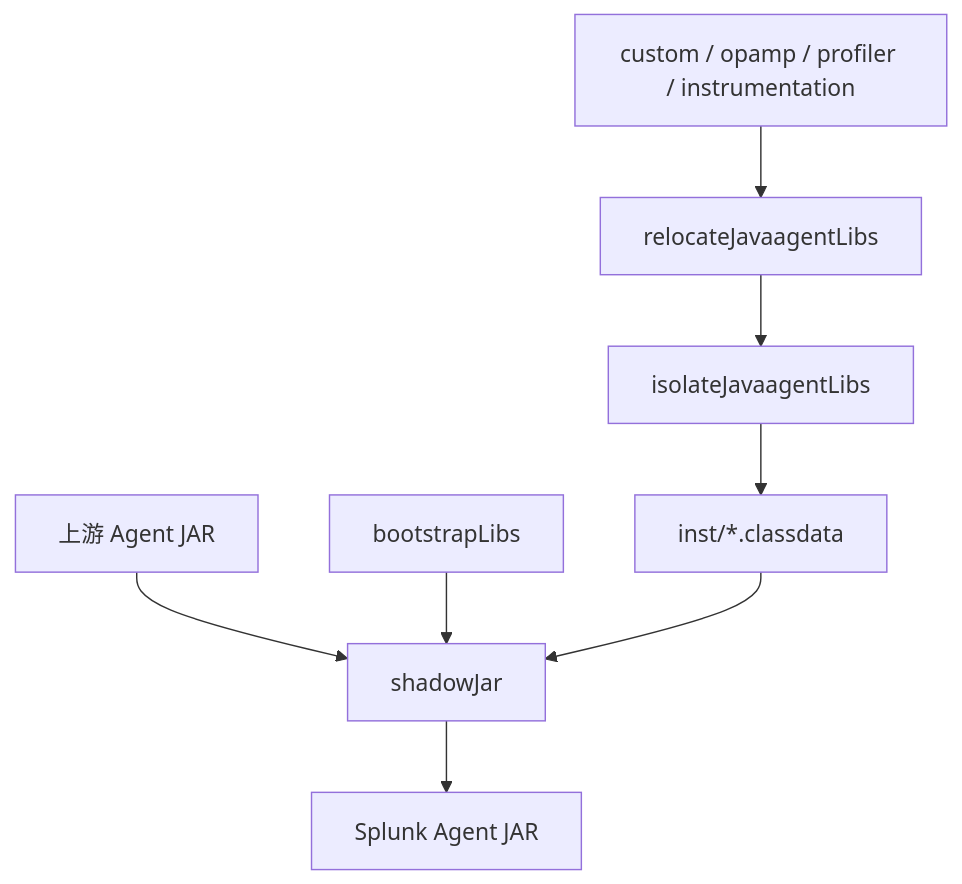
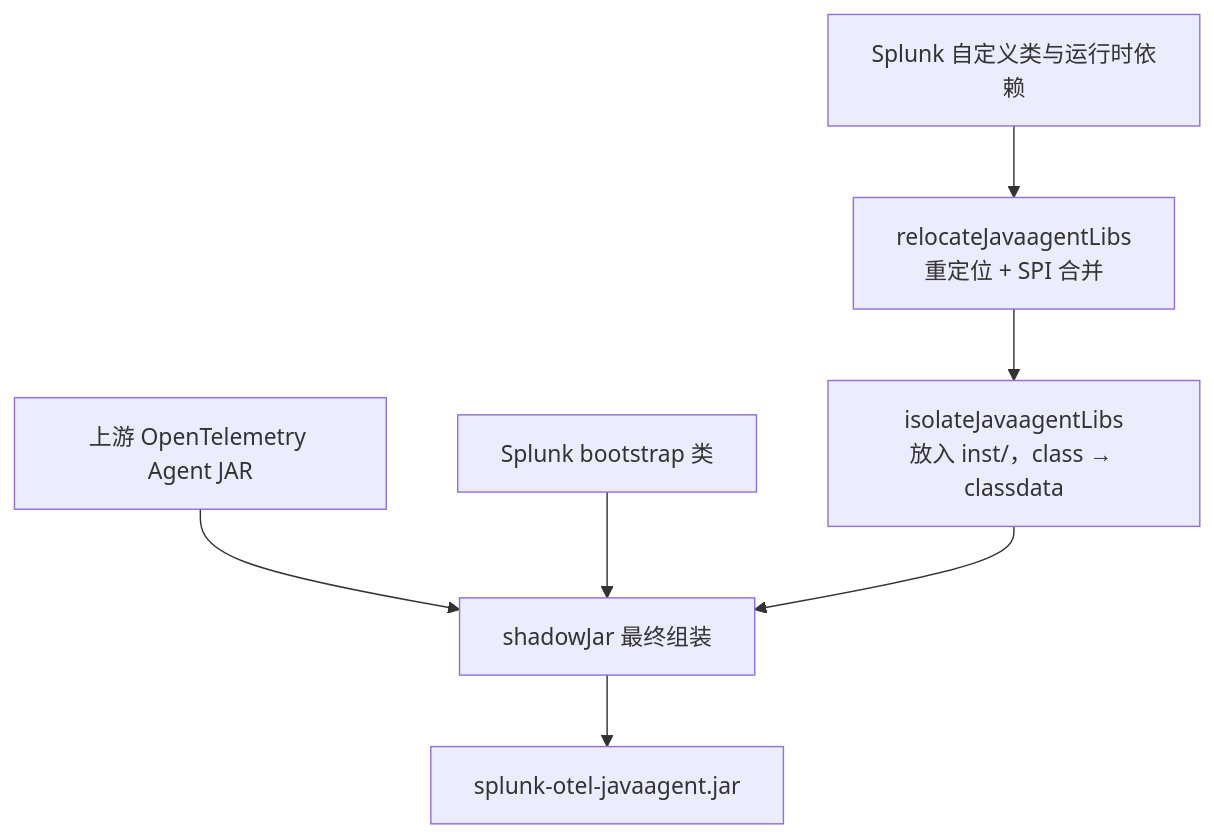
One commit to datafoxlabs/datafox-java-agent changed the first of 2 diagrams in docs/research/active/r-002_splunk-java-agent-architecture/notes/gradle-and-packaging.md. Above: the diagram before and after it, drawn with Mermaid. The commit also changed other lines of this file, not shown here.

Commit message:
docs(research): rewrite Splunk Gradle walkthrough for progressive readability

````diff
--- a/docs/research/active/r-002_splunk-java-agent-architecture/notes/gradle-and-packaging.md
+++ b/docs/research/active/r-002_splunk-java-agent-architecture/notes/gradle-and-packaging.md
@@ -50,10 +24,9 @@
 ```mermaid
 flowchart TD
-    U["上游 Agent JAR"] --> J["shadowJar"]
-    B["bootstrapLibs"] --> J
-    C["custom / opamp / profiler / instrumentation"] --> R["relocateJavaagentLibs"]
-    R --> I["isolateJavaagentLibs"]
-    I --> D["inst/*.classdata"]
-    D --> J
-    J --> O["Splunk Agent JAR"]
+    A["上游 OpenTelemetry Agent JAR"] --> Z["shadowJar 最终组装"]
+    B["Splunk bootstrap 类"] --> Z
+    C["Splunk 自定义类与运行时依赖"] --> R["relocateJavaagentLibs<br/>重定位 + SPI 合并"]
+    R --> I["isolateJavaagentLibs<br/>放入 inst/，class → classdata"]
+    I --> Z
+    Z --> J["splunk-otel-javaagent.jar"]
 ```
````
